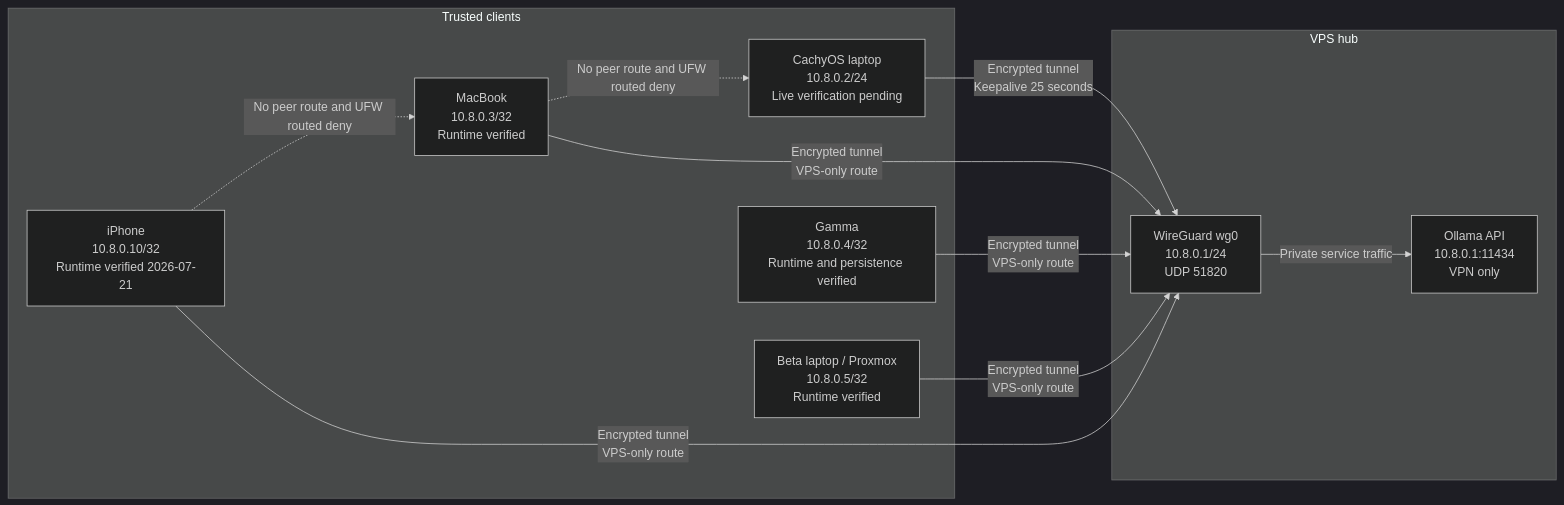
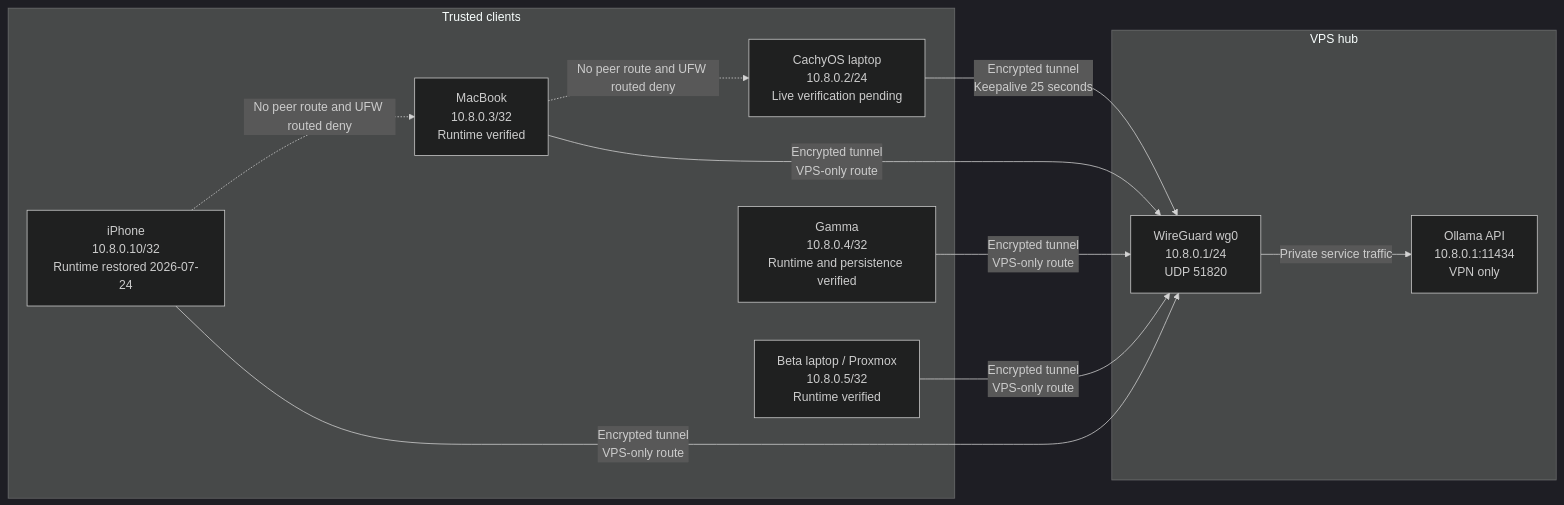
One commit to Manuel0516/zero-five-handbook changed the diagram in content/docs/vps-alpha/wireguard.mdx. Above: the diagram before and after it, drawn with Mermaid (dark theme). The commit also changed other lines of this file and 1 other file, not shown here.

Commit message:
wireguard fix for phone tunnel

````diff
--- a/content/docs/vps-alpha/wireguard.mdx
+++ b/content/docs/vps-alpha/wireguard.mdx
@@ -15,24 +15,24 @@
 ```mermaid
 flowchart LR
     subgraph clients["Trusted clients"]
         cachyos["CachyOS laptop<br/>10.8.0.2/24<br/>Live verification pending"]
         macbook["MacBook<br/>10.8.0.3/32<br/>Runtime verified"]
         gamma["Gamma<br/>10.8.0.4/32<br/>Runtime and persistence verified"]
         beta["Beta laptop / Proxmox<br/>10.8.0.5/32<br/>Runtime verified"]
-        iphone["iPhone<br/>10.8.0.10/32<br/>Runtime verified 2026-07-21"]
+        iphone["iPhone<br/>10.8.0.10/32<br/>Runtime restored 2026-07-24"]
     end
 
     subgraph vps["VPS hub"]
         wg["WireGuard wg0<br/>10.8.0.1/24<br/>UDP 51820"]
         ollama["Ollama API<br/>10.8.0.1:11434<br/>VPN only"]
     end
 
     cachyos -->|"Encrypted tunnel<br/>Keepalive 25 seconds"| wg
     macbook -->|"Encrypted tunnel<br/>VPS-only route"| wg
     gamma -->|"Encrypted tunnel<br/>VPS-only route"| wg
     beta -->|"Encrypted tunnel<br/>VPS-only route"| wg
     iphone -->|"Encrypted tunnel<br/>VPS-only route"| wg
     wg -->|"Private service traffic"| ollama
     macbook -. "No peer route and UFW routed deny" .-> cachyos
     iphone -. "No peer route and UFW routed deny" .-> macbook
 ```
````
